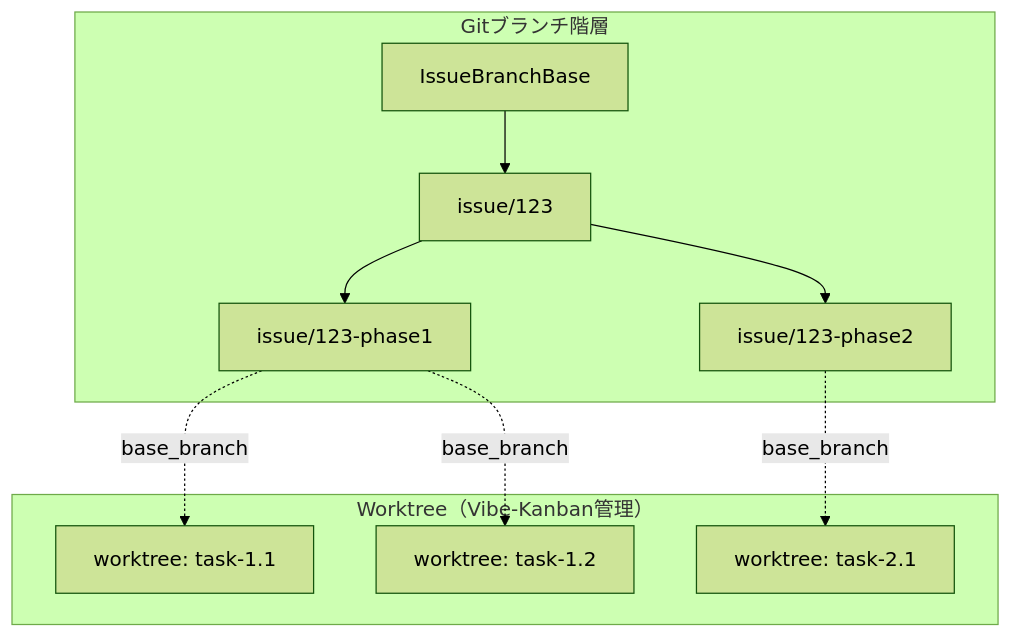
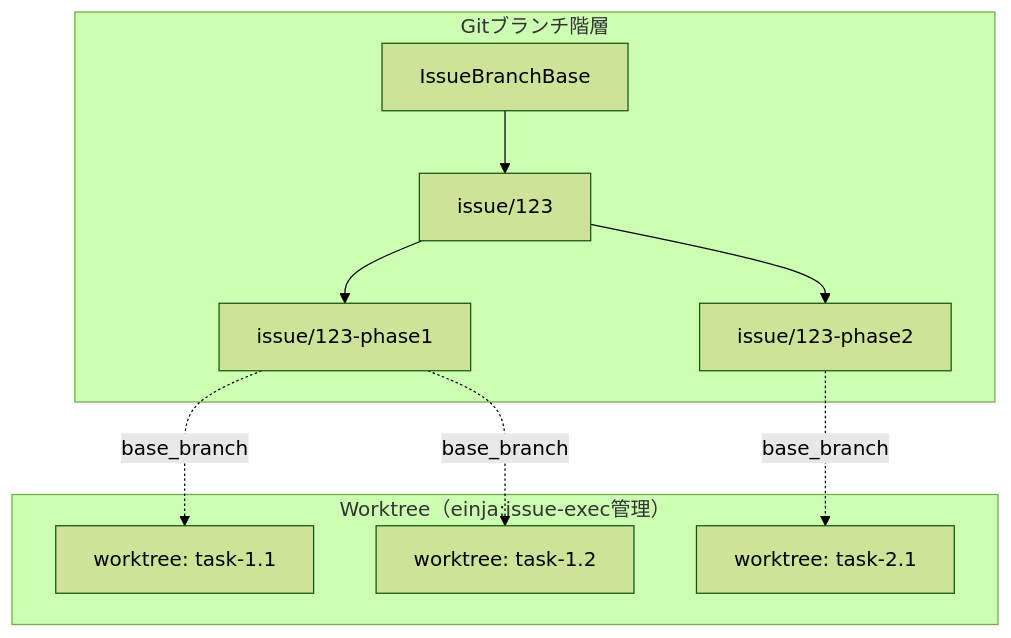
Before and after one commit to einja-inc/einja-management-template: the first of 4 diagrams in docs/einja/steering/branch-strategy.md, drawn with Mermaid (forest theme). The commit also changed other lines of this file and 51 other files, not shown here.

````diff
--- a/docs/einja/steering/branch-strategy.md
+++ b/docs/einja/steering/branch-strategy.md
@@ -25,14 +25,14 @@
 ```mermaid
 graph TB
     subgraph "Gitブランチ階層"
         MAIN[IssueBranchBase] --> ISSUE[issue/123]
         ISSUE --> PHASE1[issue/123-phase1]
         ISSUE --> PHASE2[issue/123-phase2]
     end
 
-    subgraph "Worktree（Vibe-Kanban管理）"
+    subgraph "Worktree（einja:issue-exec管理）"
         PHASE1 -.->|base_branch| WT1[worktree: task-1.1]
         PHASE1 -.->|base_branch| WT2[worktree: task-1.2]
         PHASE2 -.->|base_branch| WT3[worktree: task-2.1]
     end
 ```
````
